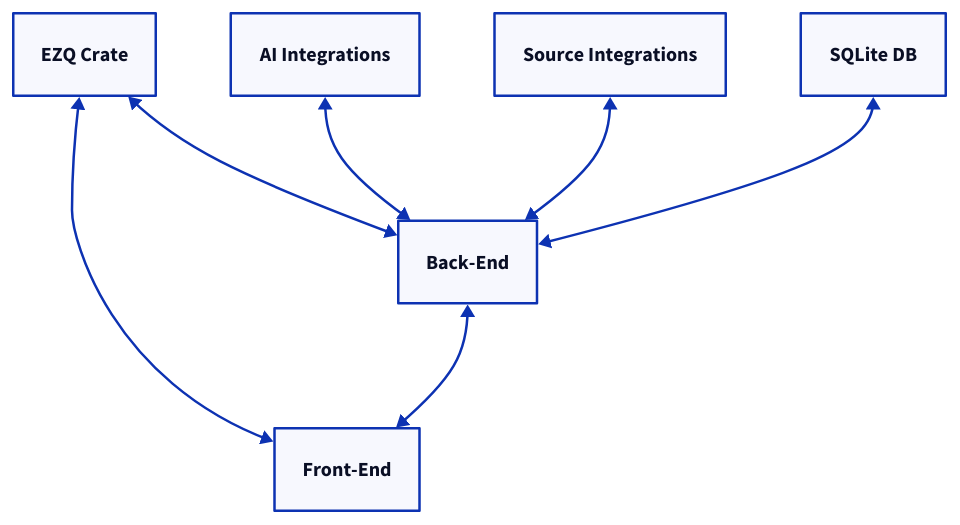
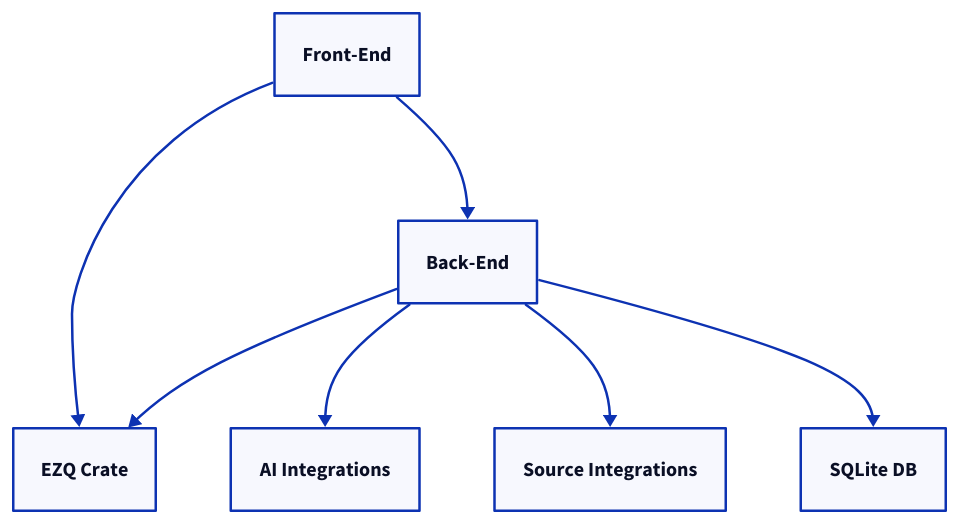
One commit to etherbits/metavault changed the diagram in docs/diagrams/src/high-level-components.d2. Above: the diagram before and after it, drawn with D2. The commit also changed 14 other files, not shown here.

```diff
--- a/docs/diagrams/src/high-level-components.d2
+++ b/docs/diagrams/src/high-level-components.d2
@@ -1,6 +1,6 @@
-EZQ Crate <-> Front-End
-EZQ Crate <-> Back-End
-AI Integrations <-> Back-End
-Source Integrations <-> Back-End
-SQLite DB <-> Back-End
-Back-End <-> Front-End
+EZQ Crate <- Front-End
+EZQ Crate <- Back-End
+AI Integrations <- Back-End
+Source Integrations <- Back-End
+SQLite DB <- Back-End
+Back-End <- Front-End
```
